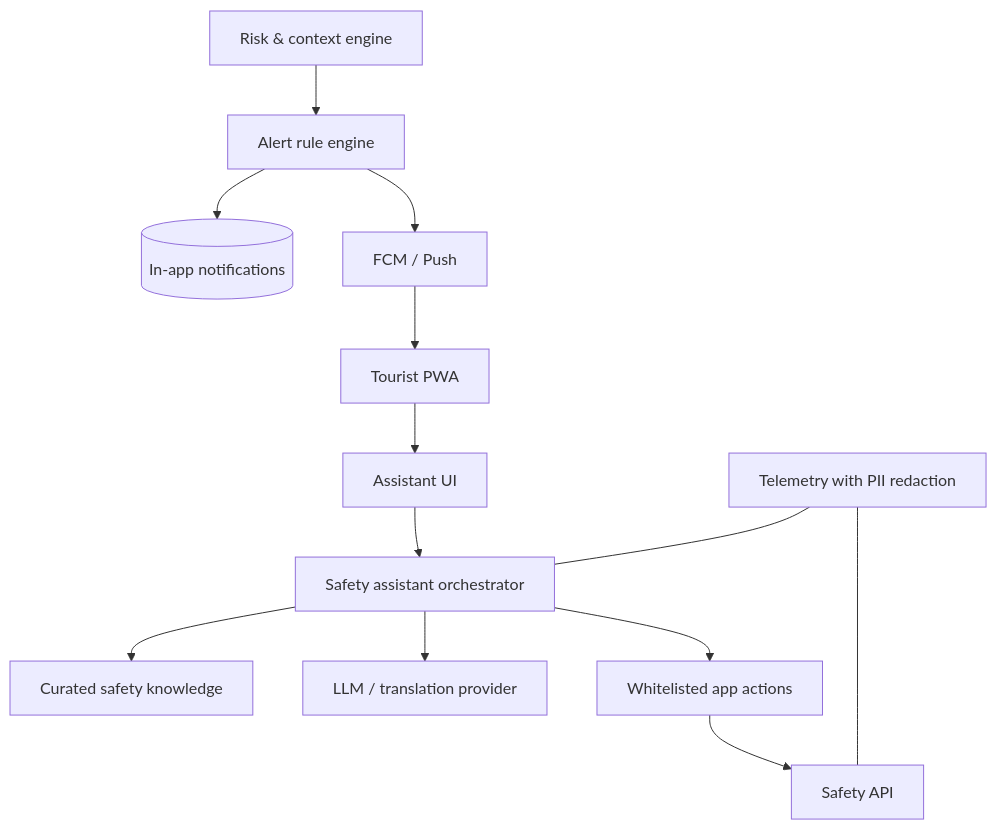
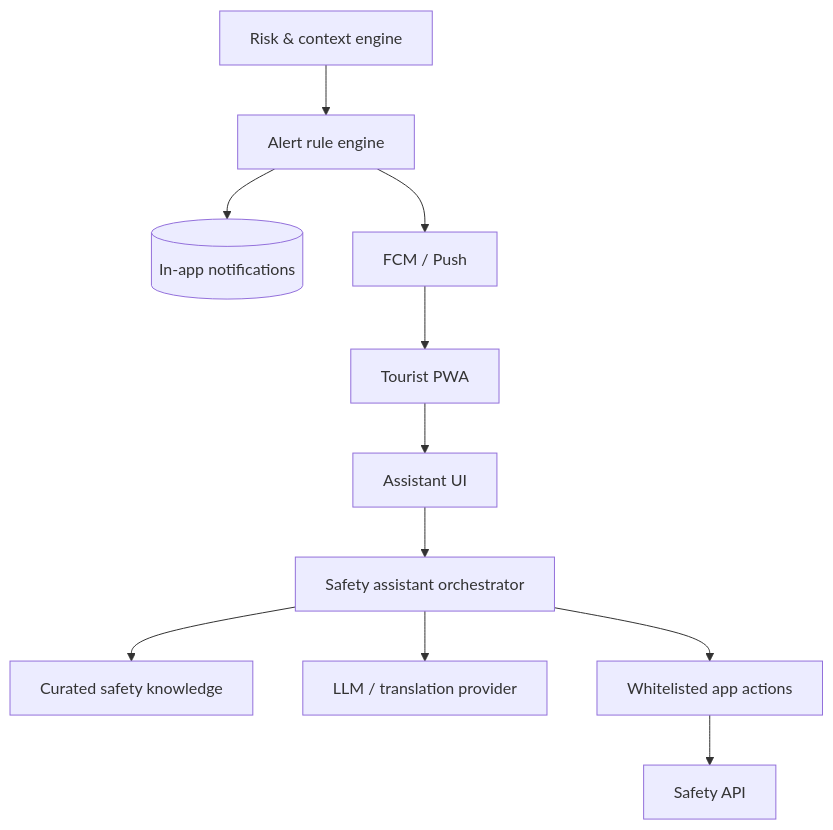
The fourth of 5 diagrams in README.md (pixelnaitik/1), drawn with Mermaid before and after one commit. The commit also changed other lines of this file and 1 other file, not shown here.

Commit message:
docs: restructure README and add phase-wise objectives, outcomes, and architecture evolution

````diff
--- a/README.md
+++ b/README.md
@@ -468,15 +145,13 @@
-```mermaid
-flowchart TB
-  U[Tourist PWA] --> CHAT[Assistant UI]
-  CHAT --> ORCH[Safety assistant orchestrator]
-  ORCH --> KB[Curated safety knowledge]
-  ORCH --> LLM[LLM / translation provider]
-  ORCH --> ACT[Whitelisted app actions]
-  ACT --> API[Safety API]
-  RISK[Risk & context engine] --> RULES[Alert rule engine]
-  RULES --> INBOX[(In-app notifications)]
-  RULES --> PUSH[FCM / Push]
-  PUSH --> U
-  OBS[Telemetry with PII redaction] --- API
-  OBS --- ORCH
-```
+  ```mermaid
+  flowchart TB
+    U[Tourist PWA] --> CHAT[Assistant UI]
+    CHAT --> ORCH[Safety assistant orchestrator]
+    ORCH --> KB[Curated safety knowledge]
+    ORCH --> LLM[LLM / translation provider]
+    ORCH --> ACT[Whitelisted app actions]
+    ACT --> API[Safety API]
+    RISK[Risk & context engine] --> RULES[Alert rule engine]
+    RULES --> INBOX[(In-app notifications)]
+    RULES --> PUSH[FCM / Push]
+    PUSH --> U
+  ```
````
